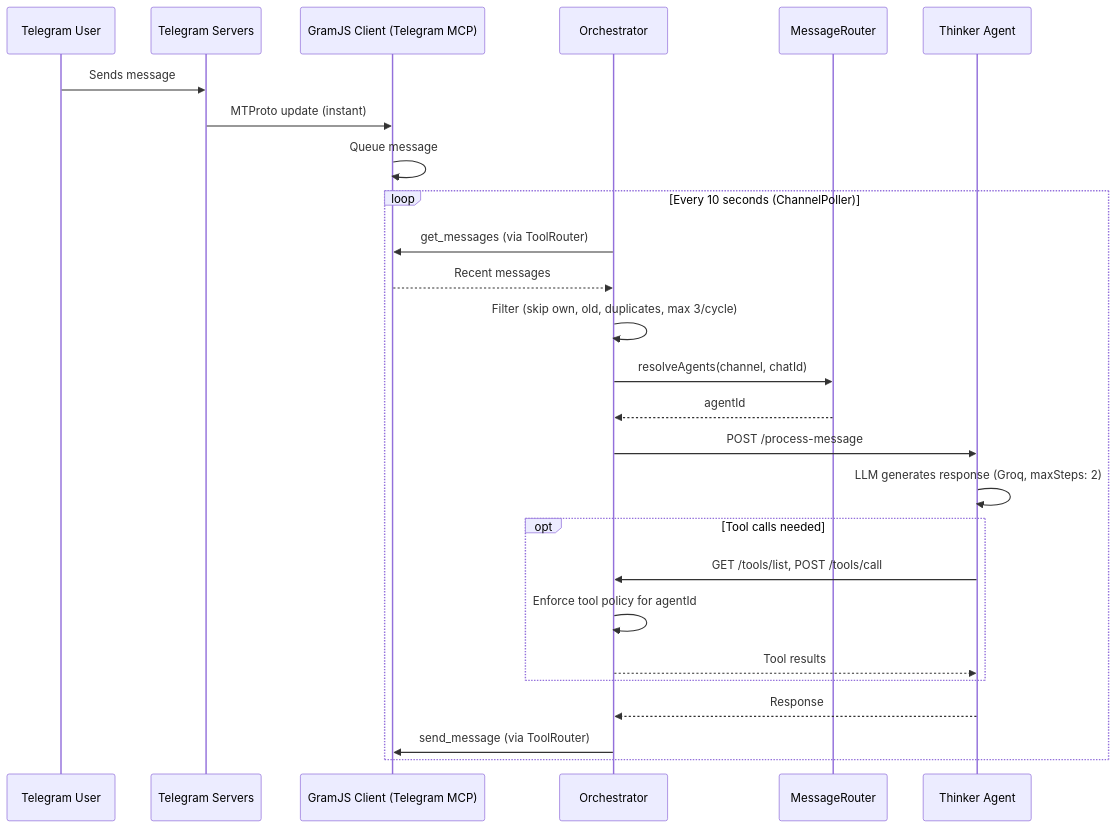
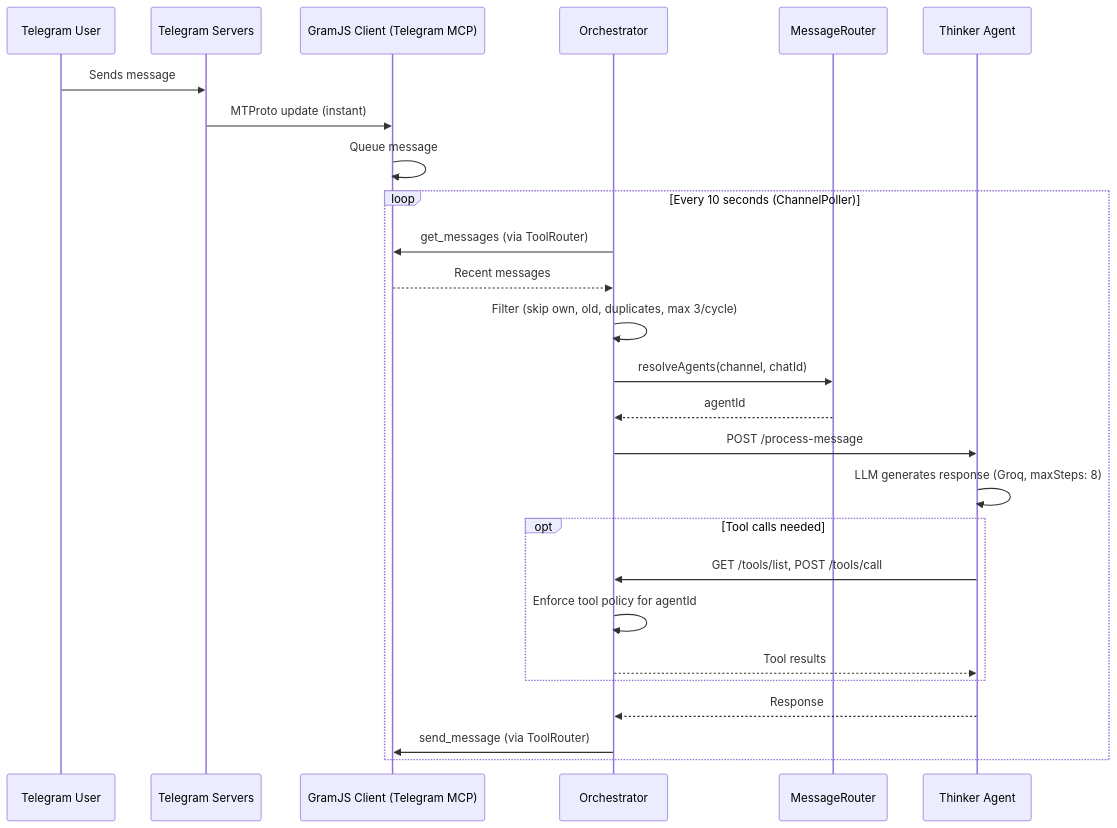
One commit to cwikio/Hexa-Puffs changed the third of 3 diagrams in README.md. Above: the diagram before and after it, drawn with Mermaid. The commit also changed other lines of this file, not shown here.

````diff
--- a/README.md
+++ b/README.md
@@ -516,30 +525,30 @@
 ```mermaid
 sequenceDiagram
     participant User as Telegram User
     participant TG as Telegram Servers
     participant GramJS as GramJS Client (Telegram MCP)
     participant Orch as Orchestrator
     participant Router as MessageRouter
     participant Thinker as Thinker Agent
 
     User->>TG: Sends message
     TG->>GramJS: MTProto update (instant)
     GramJS->>GramJS: Queue message
 
     loop Every 10 seconds (ChannelPoller)
         Orch->>GramJS: get_messages (via ToolRouter)
         GramJS-->>Orch: Recent messages
         Orch->>Orch: Filter (skip own, old, duplicates, max 3/cycle)
         Orch->>Router: resolveAgents(channel, chatId)
         Router-->>Orch: agentId
         Orch->>Thinker: POST /process-message
-        Thinker->>Thinker: LLM generates response (Groq, maxSteps: 2)
+        Thinker->>Thinker: LLM generates response (Groq, maxSteps: 8)
         opt Tool calls needed
             Thinker->>Orch: GET /tools/list, POST /tools/call
             Orch->>Orch: Enforce tool policy for agentId
             Orch-->>Thinker: Tool results
         end
         Thinker-->>Orch: Response
         Orch->>GramJS: send_message (via ToolRouter)
     end
 ```
````
